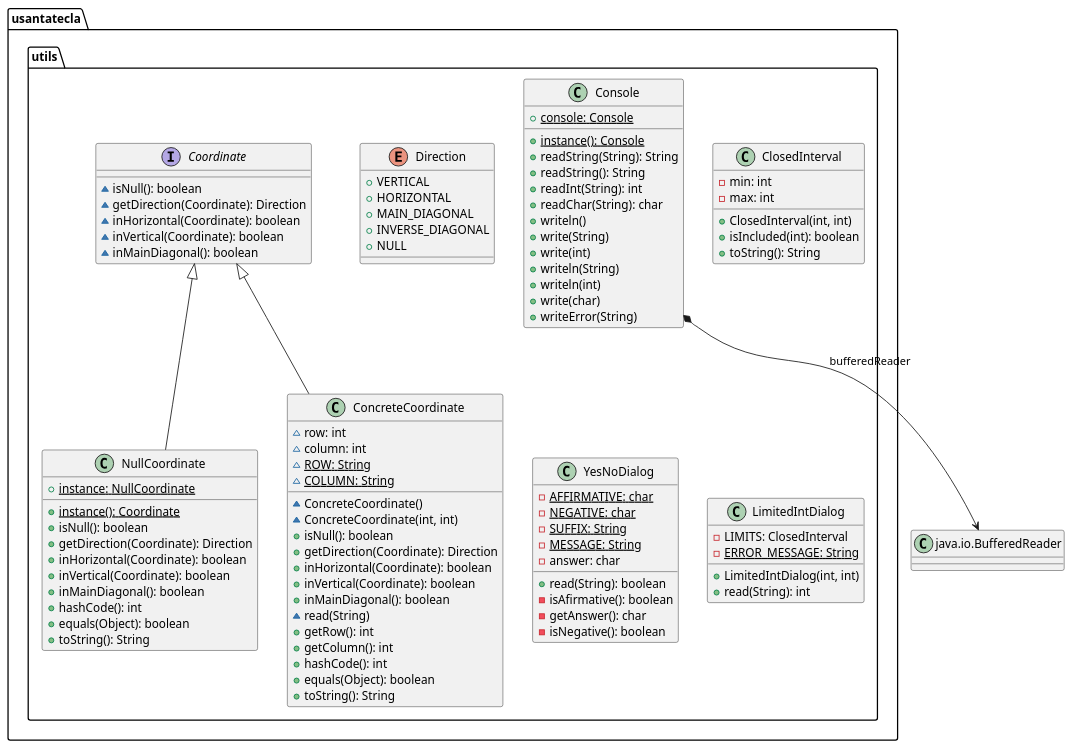
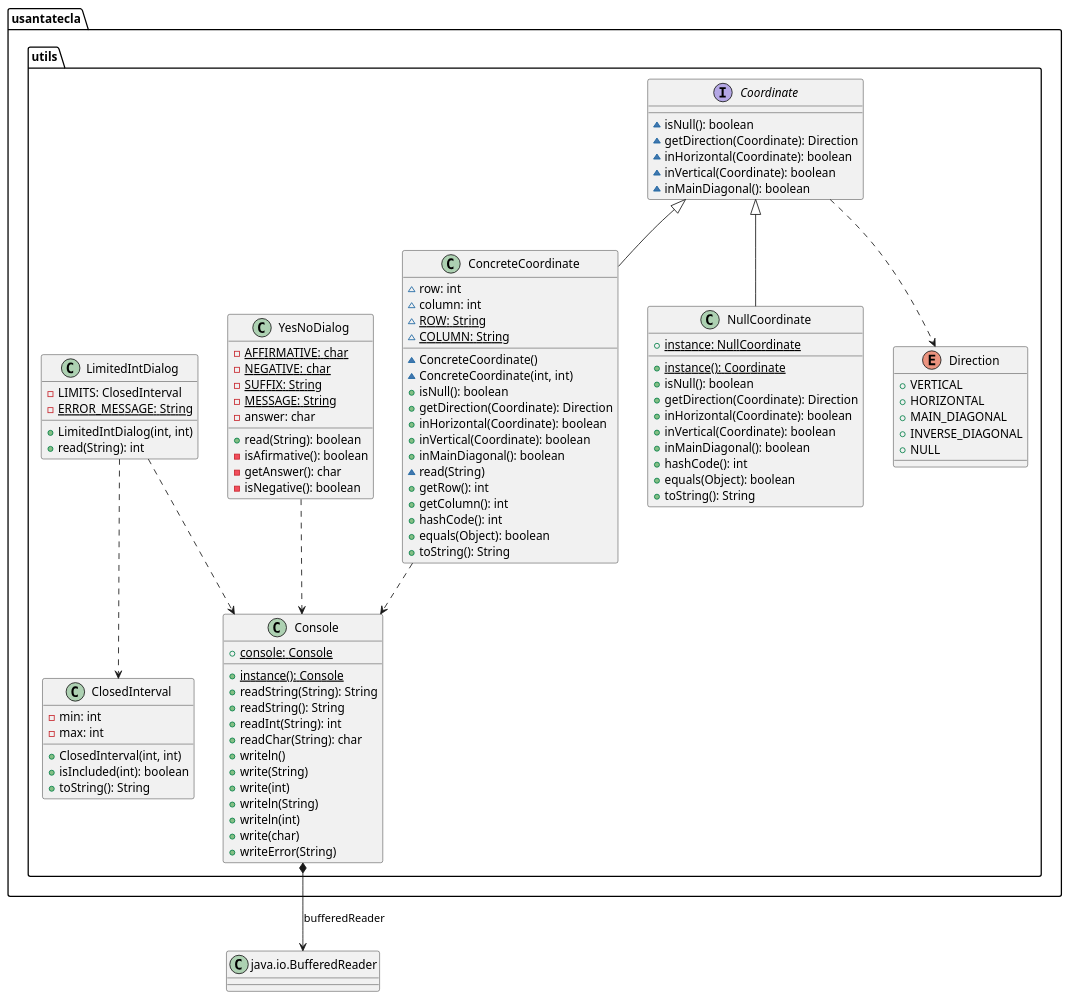
Before and after one commit to Jolucaa/USantaTecla-project-ticTacToe: the second of 2 diagrams in domainModel/docs/diagrams/src/paquetes.plantuml, drawn with PlantUML. The commit also changed 2 other files, not shown here.

Commit message:
DomainModel diagrams completely finished

```diff
--- a/domainModel/docs/diagrams/src/paquetes.plantuml
+++ b/domainModel/docs/diagrams/src/paquetes.plantuml
@@ -192,105 +185,109 @@
 @startuml utils
 namespace usantatecla.utils {
 
 interface Coordinate {
 	~ isNull(): boolean 
 	~ getDirection(Coordinate): Direction 
 	~ inHorizontal(Coordinate): boolean 
 	~ inVertical(Coordinate): boolean 
 	~ inMainDiagonal(): boolean 
 }
 
 class ConcreteCoordinate {
 	~ row: int 
 	~ column: int 
 	~ ROW: {static} String
 	~ COLUMN: {static} String
 	~ ConcreteCoordinate()
 	~ ConcreteCoordinate(int, int)
 	+ isNull(): boolean 
 	+ getDirection(Coordinate): Direction 
 	+ inHorizontal(Coordinate): boolean 
 	+ inVertical(Coordinate): boolean 
 	+ inMainDiagonal(): boolean 
 	~ read(String)
 	+ getRow(): int 
 	+ getColumn(): int
 	+ hashCode(): int
 	+ equals(Object): boolean 
 	+ toString(): String 
 }
 class NullCoordinate {
 	+ instance: {static} NullCoordinate 
 	+ {static} instance(): Coordinate 
 	+ isNull(): boolean 
 	+ getDirection(Coordinate): Direction 
 	+ inHorizontal(Coordinate): boolean 
 	+ inVertical(Coordinate): boolean
 	+ inMainDiagonal(): boolean
 	+ hashCode(): int 
 	+ equals(Object): boolean 
 	+ toString(): String 
 }
 
 enum Direction {
 	+ VERTICAL
 	+ HORIZONTAL
 	+ MAIN_DIAGONAL
 	+ INVERSE_DIAGONAL
 	+ NULL
 }
 
 class Console {
 	+ console: {static} Console 
 	+ instance(): {static} Console 
 	+ readString(String): String 
 	+ readString(): String 
 	+ readInt(String): int 
 	+ readChar(String): char 
 	+ writeln()
 	+ write(String)
 	+ write(int)
 	+ writeln(String)
 	+ writeln(int)
 	+ write(char)
 	+ writeError(String)
 }
 
 class ClosedInterval {
 	- min: int 
 	- max: int 
 	+ ClosedInterval(int, int)
 	+ isIncluded(int): boolean 
 	+ toString(): String 
 }
 
 class YesNoDialog {
 	- AFFIRMATIVE: {static} char 
 	- NEGATIVE: {static} char 
 	- SUFFIX: {static} String 
 	- MESSAGE: {static} String
 	- answer: char 
 	+ read(String): boolean 
 	- isAfirmative(): boolean 
 	- getAnswer(): char 
 	- isNegative(): boolean 
 }
 
 class LimitedIntDialog {
 	- LIMITS: ClosedInterval 
 	- ERROR_MESSAGE: {static} String 
 	+ LimitedIntDialog(int, int)
 	+ read(String): int 
 }
 
 
 
 Coordinate <|-down- ConcreteCoordinate
 Coordinate <|-down- NullCoordinate
-
+Coordinate .down.> Direction
+ConcreteCoordinate .down.> Console
+LimitedIntDialog .down.> Console
+YesNoDialog .down.> Console
+LimitedIntDialog .down.> ClosedInterval
 }
 class BufferedReader as "java.io.BufferedReader"{
 	
 }
 usantatecla.utils.Console *-down-> BufferedReader : bufferedReader
 @enduml
```
